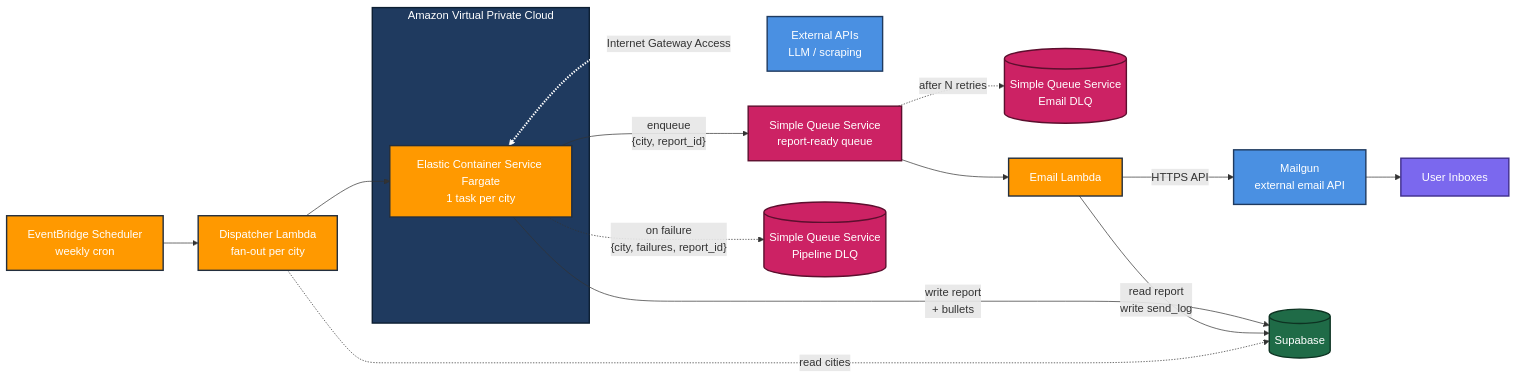
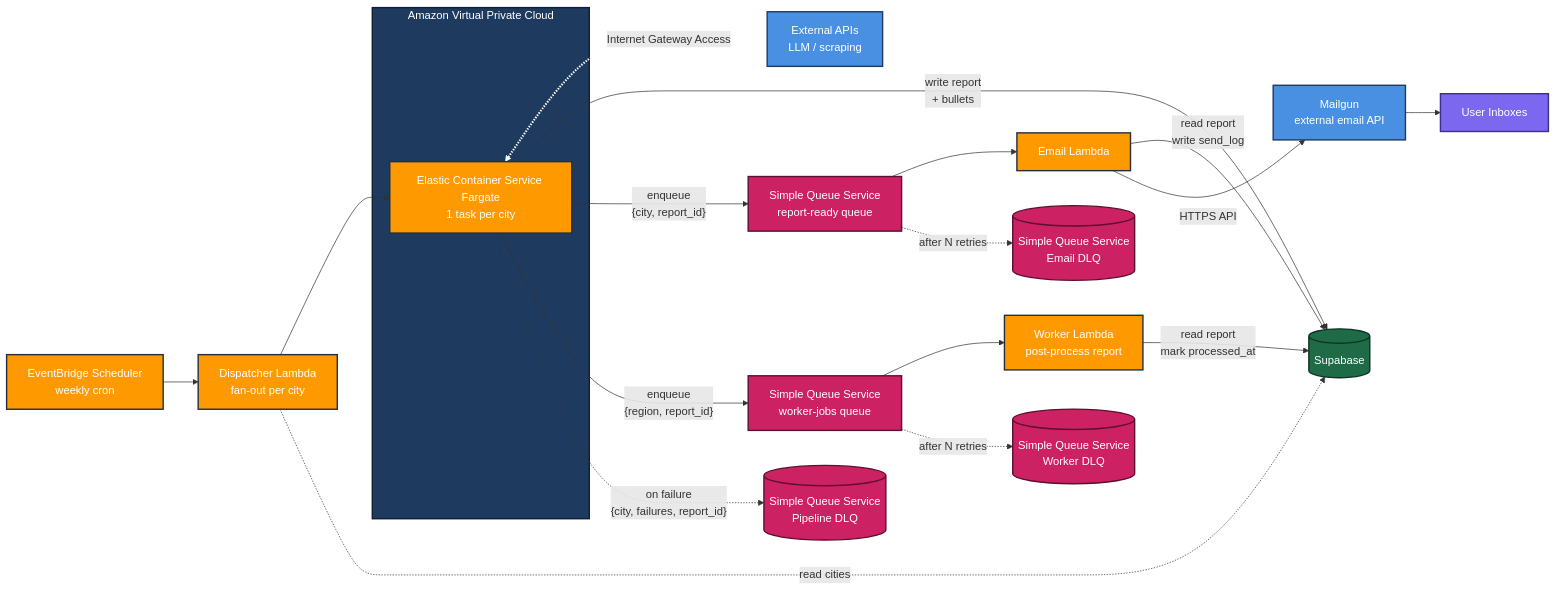
One commit to Next-Voters/Agent changed the first of 2 diagrams in docs/AWS_ARCHITECTURE.md. Above: the diagram before and after it, drawn with Mermaid. The commit also changed other lines of this file, not shown here.

Commit message:
Document the worker Lambda in AWS_ARCHITECTURE.md
Add the SQS-triggered worker to the architecture docs:
- Pipeline Execution diagram + flow summary: the Fargate task now also
  enqueues {region, report_id} to the worker-jobs queue, and the Worker
  Lambda reads the report, marks reports.processed_at, and DLQs on failure.
- CI/CD diagram, deployment flow, and repositories table: add the
  next-voters-<env>-worker ECR repo and its Worker Lambda consumer.

````diff
--- a/docs/AWS_ARCHITECTURE.md
+++ b/docs/AWS_ARCHITECTURE.md
@@ -12,56 +12,67 @@
 ```mermaid
 flowchart LR
     %% Trigger layer
     EB["EventBridge Scheduler<br/>weekly cron"]
     DL["Dispatcher Lambda<br/>fan-out per city"]
 
     %% Compute layer
     subgraph VPC["Amazon Virtual Private Cloud"]
         ECS["Elastic Container Service Fargate<br/>1 task per city"]
     end
     EXT["External APIs<br/>LLM / scraping"]
 
     %% Messaging layer
     SQS["Simple Queue Service<br/>report-ready queue"]
+    WQ["Simple Queue Service<br/>worker-jobs queue"]
     DLQ[("Simple Queue Service<br/>Email DLQ")]
     PDLQ[("Simple Queue Service<br/>Pipeline DLQ")]
+    WDLQ[("Simple Queue Service<br/>Worker DLQ")]
 
     %% Delivery layer
     EML["Email Lambda"]
     MAILGUN["Mailgun<br/>external email API"]
     USERS["User Inboxes"]
+
+    %% Post-processing layer
+    WK["Worker Lambda<br/>post-process report"]
 
     %% Data layer
     DB[("Supabase")]
 
     %% Main flow
     EB --> DL
     DL --> ECS
     ECS <-.->|"Internet Gateway Access"| EXT
     ECS -->|"write report<br/>+ bullets"| DB
     ECS -->|"enqueue<br/>{city, report_id}"| SQS
     SQS --> EML
     EML -->|"read report<br/>write send_log"| DB
     EML -->|"HTTPS API"| MAILGUN
     MAILGUN --> USERS
 
+    %% Worker post-processing flow
+    ECS -->|"enqueue<br/>{region, report_id}"| WQ
+    WQ --> WK
+    WK -->|"read report<br/>mark processed_at"| DB
+
     %% Side flows
     DL -.->|read cities| DB
     SQS -.->|after N retries| DLQ
     ECS -.->|"on failure<br/>{city, failures, report_id}"| PDLQ
+    WQ -.->|after N retries| WDLQ
 
     classDef aws fill:#FF9900,stroke:#232F3E,stroke-width:2px,color:#fff
     classDef ext fill:#4A90E2,stroke:#1F3A5F,stroke-width:2px,color:#fff
     classDef db fill:#1F6B47,stroke:#0D3322,stroke-width:2px,color:#fff
     classDef queue fill:#CC2264,stroke:#5C0F2E,stroke-width:2px,color:#fff
     classDef user fill:#7B68EE,stroke:#3F2E8C,stroke-width:2px,color:#fff
 
-    class EB,DL,ECS,EML aws
+    class EB,DL,ECS,EML,WK aws
     class EXT,MAILGUN ext
     class DB db
-    class SQS,DLQ,PDLQ queue
+    class SQS,WQ,DLQ,PDLQ,WDLQ queue
     class USERS user
     style VPC fill:#1F3A5F,stroke:#0D1F33,stroke-width:2px,color:#fff
 
     linkStyle 2 stroke-width:3px,stroke:#fff
 ```
````
